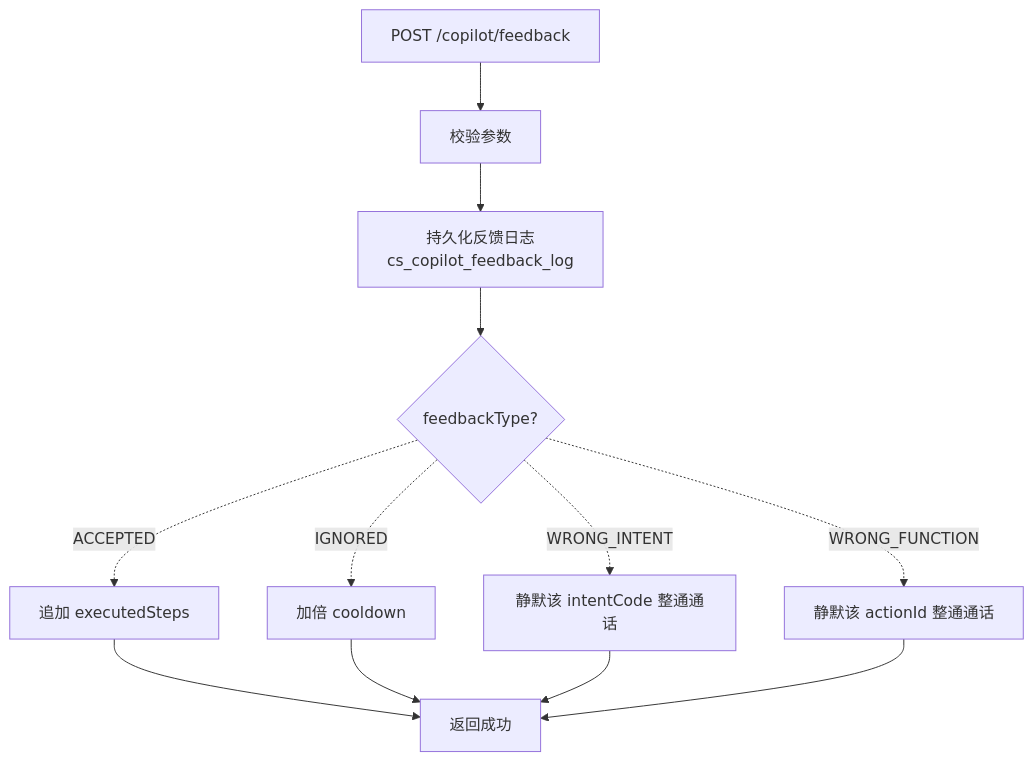
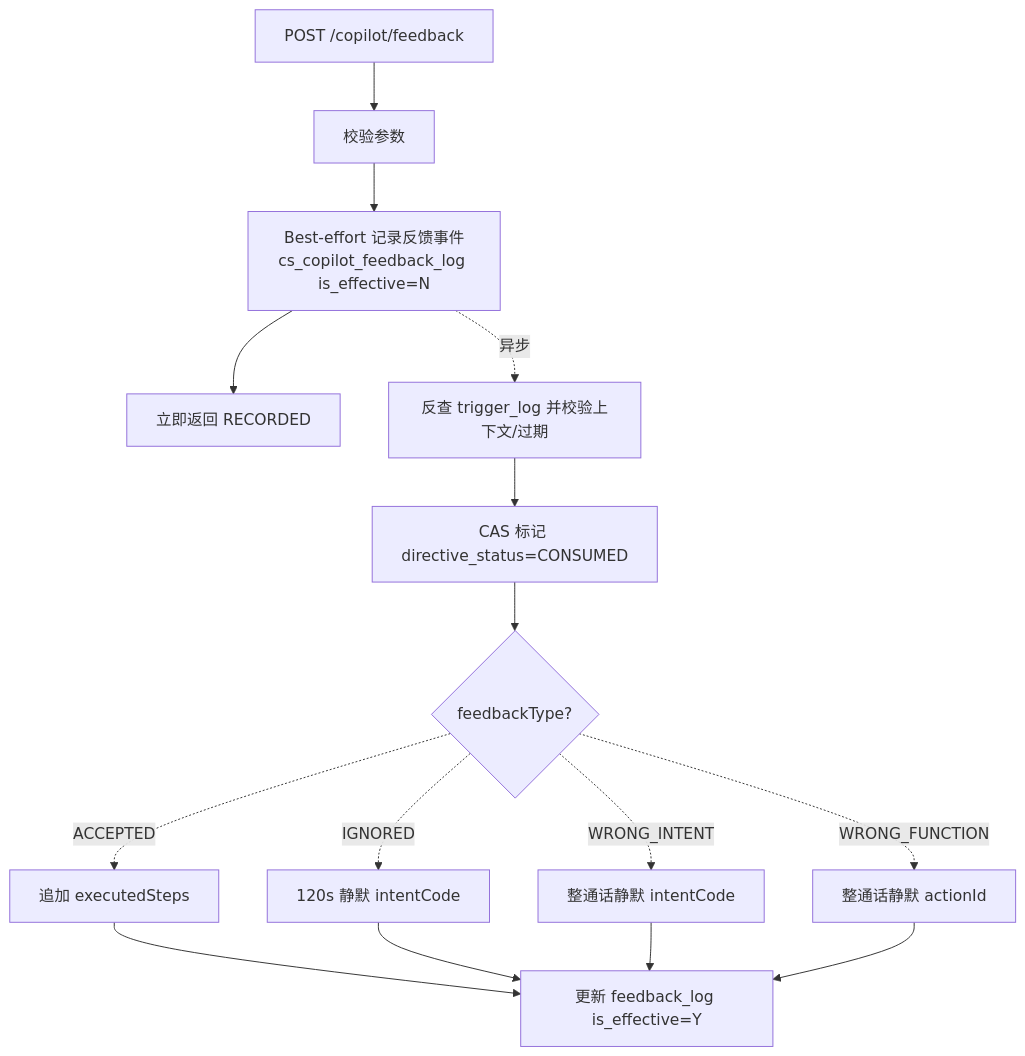
Before and after one commit to qzz617/copilot: diagram 14 of 24 in cs-copilot-service/docs/dd-v1.2.md, drawn with Mermaid. The commit also changed other lines of this file and 12 other files, not shown here.

First line of the commit message:
Decouple action params and feedback effects

````diff
--- a/cs-copilot-service/docs/dd-v1.2.md
+++ b/cs-copilot-service/docs/dd-v1.2.md
@@ -1960,14 +1926,17 @@
 ```mermaid
 flowchart TD
     A[POST /copilot/feedback] --> B[校验参数]
-    B --> C[持久化反馈日志<br/>cs_copilot_feedback_log]
-    C --> D{feedbackType?}
-    D -.ACCEPTED.-> E[追加 executedSteps]
-    D -.IGNORED.-> F[加倍 cooldown]
-    D -.WRONG_INTENT.-> G[静默该 intentCode 整通通话]
-    D -.WRONG_FUNCTION.-> H[静默该 actionId 整通通话]
-    E --> END[返回成功]
-    F --> END
-    G --> END
-    H --> END
+    B --> C[Best-effort 记录反馈事件<br/>cs_copilot_feedback_log is_effective=N]
+    C --> D[立即返回 RECORDED]
+    C -.异步.-> E[反查 trigger_log 并校验上下文/过期]
+    E --> F[CAS 标记 directive_status=CONSUMED]
+    F --> G{feedbackType?}
+    G -.ACCEPTED.-> H[追加 executedSteps]
+    G -.IGNORED.-> I[120s 静默 intentCode]
+    G -.WRONG_INTENT.-> J[整通话静默 intentCode]
+    G -.WRONG_FUNCTION.-> K[整通话静默 actionId]
+    H --> L[更新 feedback_log is_effective=Y]
+    I --> L
+    J --> L
+    K --> L
 ```
````
